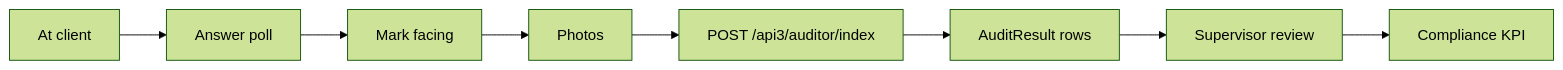
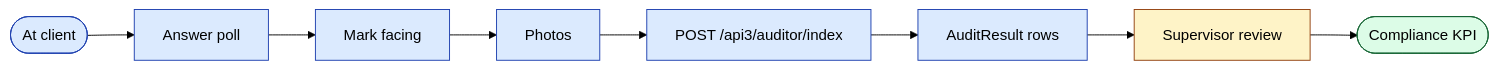
Before and after one commit to jamshidtulaganov/sd-doc: the diagram in docs/modules/audit-adt.md, drawn with Mermaid (forest theme). The commit also changed other lines of this file and 21 other files, not shown here.

````diff
--- a/docs/modules/audit-adt.md
+++ b/docs/modules/audit-adt.md
@@ -48,10 +66,21 @@
 ```mermaid
 flowchart LR
-  V[At client] --> Q[Answer poll]
-  Q --> F[Mark facing]
-  F --> P[Photos]
-  P --> SUB[POST /api3/auditor/index]
-  SUB --> AR[AuditResult rows]
-  AR --> RV[Supervisor review]
-  RV --> KPI[Compliance KPI]
+  V(["At client"]) --> Q["Answer poll"]
+  Q --> F["Mark facing"]
+  F --> P["Photos"]
+  P --> SUB["POST /api3/auditor/index"]
+  SUB --> AR["AuditResult rows"]
+  AR --> RV["Supervisor review"]
+  RV --> KPI(["Compliance KPI"])
+
+  classDef action   fill:#dbeafe,stroke:#1e40af,color:#000
+  classDef approval fill:#fef3c7,stroke:#92400e,color:#000
+  classDef success  fill:#dcfce7,stroke:#166534,color:#000
+  classDef reject   fill:#fee2e2,stroke:#991b1b,color:#000
+  classDef external fill:#f3f4f6,stroke:#374151,color:#000
+  classDef cron     fill:#ede9fe,stroke:#6d28d9,color:#000
+
+  class V,Q,F,P,SUB,AR action
+  class RV approval
+  class KPI success
 ```
````
